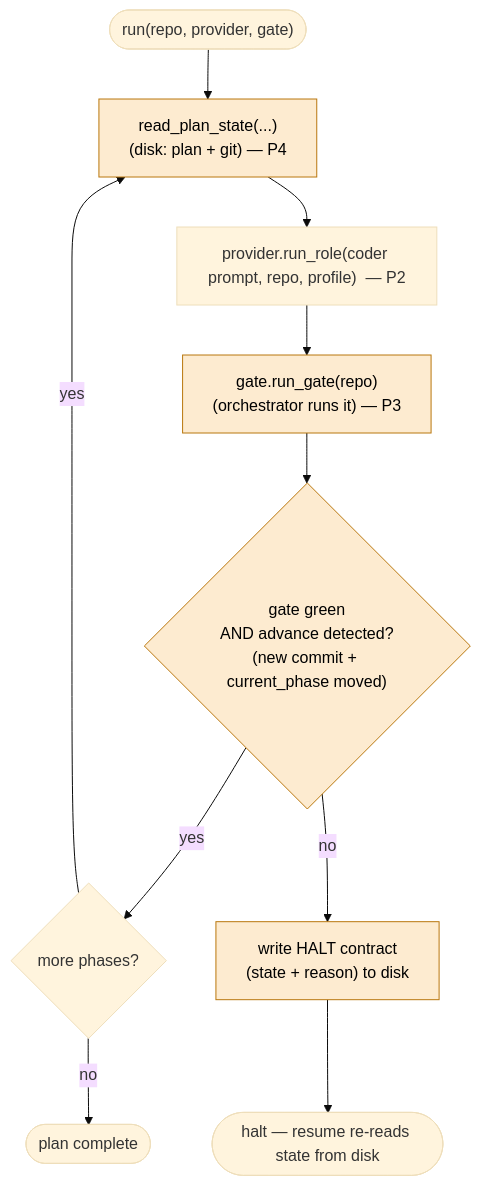
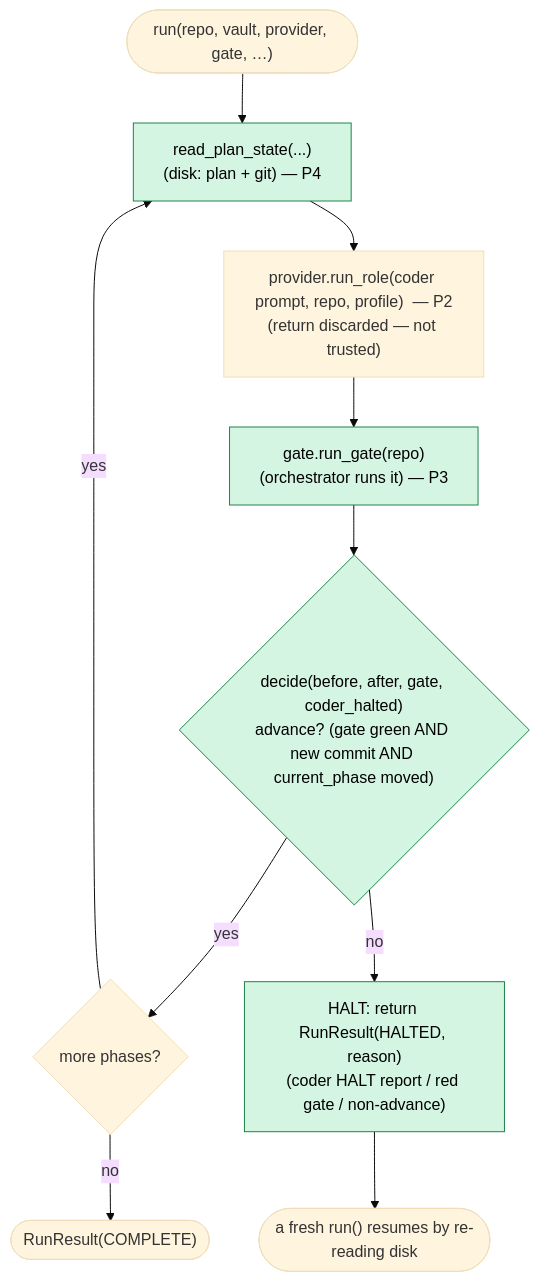
Before and after one commit to alxb1t/minionsfactory: the second of 3 diagrams in docs/data-flow.md, drawn with Mermaid (base theme). The commit also changed other lines of this file and 4 other files, not shown here.

````diff
--- a/docs/data-flow.md
+++ b/docs/data-flow.md
@@ -48,15 +51,15 @@
 ```mermaid
 flowchart TD
-    start(["run(repo, provider, gate)"]) --> read["read_plan_state(...)<br/>(disk: plan + git)  — P4"]
-    read --> spawn["provider.run_role(coder prompt, repo, profile)  — P2"]
+    start(["run(repo, vault, provider, gate, …)"]) --> read["read_plan_state(...)<br/>(disk: plan + git)  — P4"]
+    read --> spawn["provider.run_role(coder prompt, repo, profile)  — P2<br/>(return discarded — not trusted)"]
     spawn --> rungate["gate.run_gate(repo)<br/>(orchestrator runs it)  — P3"]
-    rungate --> check{"gate green<br/>AND advance detected?<br/>(new commit + current_phase moved)"}
+    rungate --> check{"decide(before, after, gate, coder_halted)<br/>advance? (gate green AND new commit AND current_phase moved)"}
     check -- yes --> more{"more phases?"}
     more -- yes --> read
-    more -- no --> done(["plan complete"])
-    check -- no --> halt["write HALT contract<br/>(state + reason) to disk"]
-    halt --> stop(["halt — resume re-reads state from disk"])
+    more -- no --> done(["RunResult(COMPLETE)"])
+    check -- no --> halt["HALT: return RunResult(HALTED, reason)<br/>(coder HALT report / red gate / non-advance)"]
+    halt --> stop(["a fresh run() resumes by re-reading disk"])
 
-    classDef planned fill:#fdebd0,stroke:#b9770e,color:#000;
-    class read,rungate,check,halt planned;
+    classDef built fill:#d5f5e3,stroke:#1e8449,color:#000;
+    class read,rungate,check,halt built;
 ```
````
